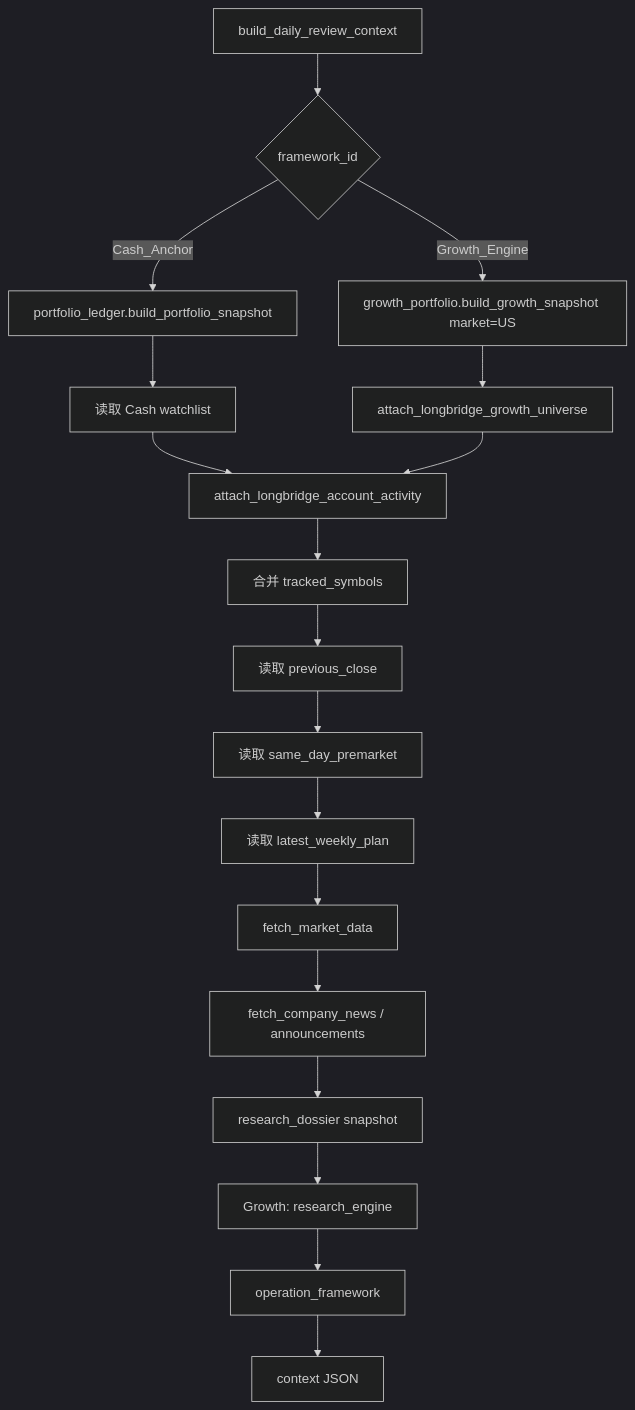
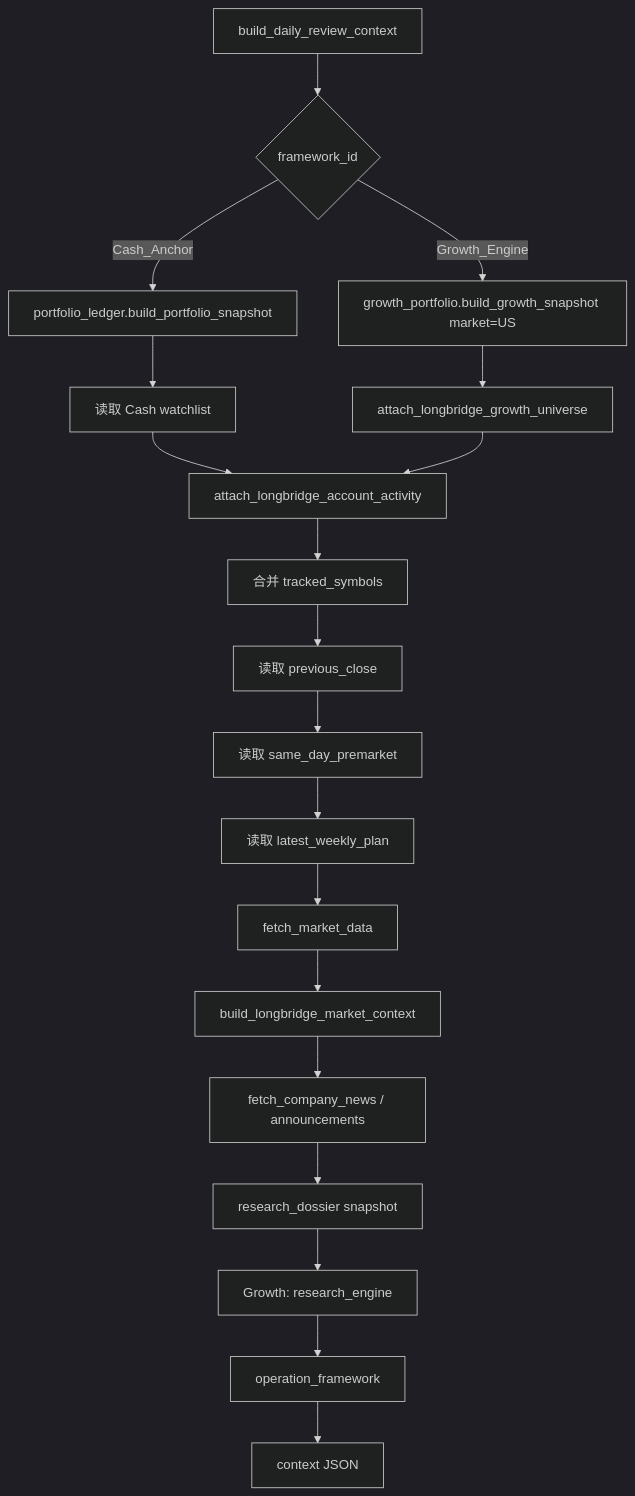
Before and after one commit to dyccodehome/private-investment-butler: the ninth of 13 diagrams in docs/技术架构文档.md, drawn with Mermaid (dark theme). The commit also changed other lines of this file and 15 other files, not shown here.

Commit message:
Add Longbridge market context provider

````diff
--- a/docs/技术架构文档.md
+++ b/docs/技术架构文档.md
@@ -469,20 +469,21 @@
 ```mermaid
 flowchart TD
   A["build_daily_review_context"] --> B{"framework_id"}
   B -- "Cash_Anchor" --> C["portfolio_ledger.build_portfolio_snapshot"]
   B -- "Growth_Engine" --> D["growth_portfolio.build_growth_snapshot market=US"]
   C --> E["读取 Cash watchlist"]
   D --> F["attach_longbridge_growth_universe"]
   E --> GA["attach_longbridge_account_activity"]
   F --> GA
   GA --> G["合并 tracked_symbols"]
   G --> H["读取 previous_close"]
   H --> I["读取 same_day_premarket"]
   I --> J["读取 latest_weekly_plan"]
   J --> K["fetch_market_data"]
-  K --> L["fetch_company_news / announcements"]
+  K --> KM["build_longbridge_market_context"]
+  KM --> L["fetch_company_news / announcements"]
   L --> M["research_dossier snapshot"]
   M --> N["Growth: research_engine"]
   N --> O["operation_framework"]
   O --> P["context JSON"]
 ```
````
